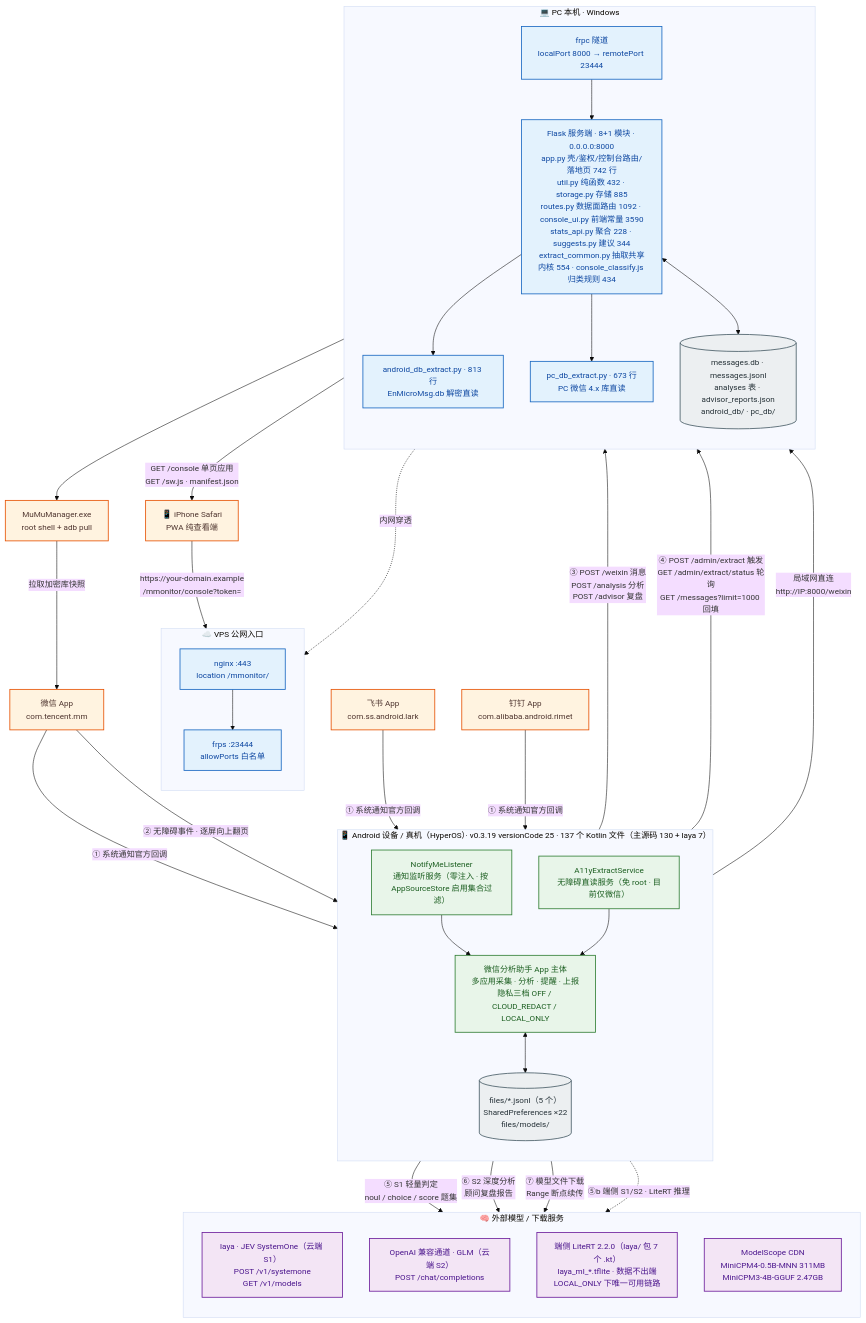
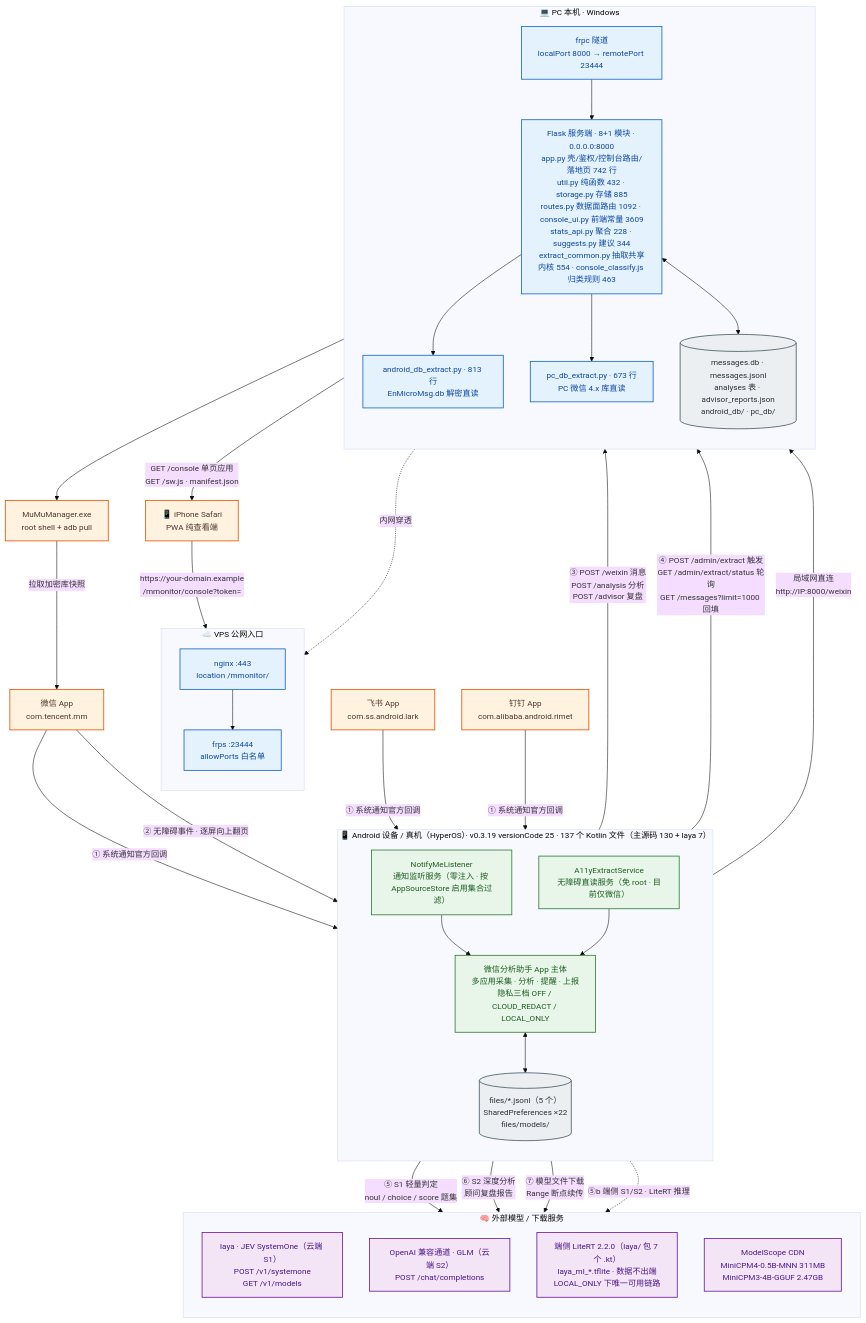
One commit to solidjoker/notifyme changed the diagram in docs/architecture/diagrams/01-system-context.mmd. Above: the diagram before and after it, drawn with Mermaid. The commit also changed 14 other files, not shown here.

```diff
--- a/docs/architecture/diagrams/01-system-context.mmd
+++ b/docs/architecture/diagrams/01-system-context.mmd
@@ -1,70 +1,70 @@
 %%{init: {'theme':'base','themeVariables':{'fontSize':'15px','fontFamily':'Microsoft YaHei, PingFang SC, sans-serif'},'flowchart':{'htmlLabels':true,'curve':'basis'}}}%%
 flowchart TB
     classDef ext  fill:#fff3e0,stroke:#e65100,stroke-width:1.5px,color:#4e342e
     classDef app  fill:#e8f5e9,stroke:#2e7d32,stroke-width:1.5px,color:#1b5e20
     classDef srv  fill:#e3f2fd,stroke:#1565c0,stroke-width:1.5px,color:#0d47a1
     classDef llm  fill:#f3e5f5,stroke:#6a1b9a,stroke-width:1.5px,color:#4a148c
     classDef store fill:#eceff1,stroke:#455a64,stroke-width:1.5px,color:#263238
 
     WX["微信 App<br/>com.tencent.mm"]:::ext
     FS["飞书 App<br/>com.ss.android.lark"]:::ext
     DT["钉钉 App<br/>com.alibaba.android.rimet"]:::ext
 
     subgraph DEV["📱 Android 设备 / 真机（HyperOS）· v0.3.19 versionCode 25 · 137 个 Kotlin 文件（主源码 130 + laya 7）"]
         direction TB
         NL["NotifyMeListener<br/>通知监听服务（零注入 · 按 AppSourceStore 启用集合过滤）"]:::app
         A11Y["A11yExtractService<br/>无障碍直读服务（免 root · 目前仅微信）"]:::app
         CORE["微信分析助手 App 主体<br/>多应用采集 · 分析 · 提醒 · 上报<br/>隐私三档 OFF / CLOUD_REDACT / LOCAL_ONLY"]:::app
         STORE[("files/*.jsonl（5 个）<br/>SharedPreferences ×22<br/>files/models/")]:::store
         NL --> CORE
         A11Y --> CORE
         CORE <--> STORE
     end
 
     subgraph HOST["💻 PC 本机 · Windows"]
         direction TB
-        FLASK["Flask 服务端 · 8+1 模块 · 0.0.0.0:8000<br/>app.py 壳/鉴权/控制台路由/落地页 742 行<br/>util.py 纯函数 432 · storage.py 存储 885<br/>routes.py 数据面路由 1092 · console_ui.py 前端常量 3590<br/>stats_api.py 聚合 228 · suggests.py 建议 344<br/>extract_common.py 抽取共享内核 554 · console_classify.js 归类规则 434"]:::srv
+        FLASK["Flask 服务端 · 8+1 模块 · 0.0.0.0:8000<br/>app.py 壳/鉴权/控制台路由/落地页 742 行<br/>util.py 纯函数 432 · storage.py 存储 885<br/>routes.py 数据面路由 1092 · console_ui.py 前端常量 3609<br/>stats_api.py 聚合 228 · suggests.py 建议 344<br/>extract_common.py 抽取共享内核 554 · console_classify.js 归类规则 463"]:::srv
         ADBEX["android_db_extract.py · 813 行<br/>EnMicroMsg.db 解密直读"]:::srv
         PCEX["pc_db_extract.py · 673 行<br/>PC 微信 4.x 库直读"]:::srv
         DB[("messages.db · messages.jsonl<br/>analyses 表 · advisor_reports.json<br/>android_db/ · pc_db/")]:::store
         FRPC["frpc 隧道<br/>localPort 8000 → remotePort 23444"]:::srv
         FLASK --> ADBEX
         FLASK --> PCEX
         FLASK <--> DB
         FRPC --> FLASK
     end
 
     subgraph VPS["☁️ VPS 公网入口"]
         direction TB
         NGINX["nginx :443<br/>location /mmonitor/"]:::srv
         FRPS["frps :23444<br/>allowPorts 白名单"]:::srv
         NGINX --> FRPS
     end
 
     subgraph AI["🧠 外部模型 / 下载服务"]
         direction TB
         LAYA["laya · JEV SystemOne（云端 S1）<br/>POST /v1/systemone<br/>GET /v1/models"]:::llm
         GLM["OpenAI 兼容通道 · GLM（云端 S2）<br/>POST /chat/completions"]:::llm
         LITE["端侧 LiteRT 2.2.0（laya/ 包 7 个 .kt）<br/>laya_ml_*.tflite · 数据不出端<br/>LOCAL_ONLY 下唯一可用链路"]:::llm
         MS["ModelScope CDN<br/>MiniCPM4-0.5B-MNN 311MB<br/>MiniCPM3-4B-GGUF 2.47GB"]:::llm
     end
 
     MUMU["MuMuManager.exe<br/>root shell + adb pull"]:::ext
     IPHONE["📱 iPhone Safari<br/>PWA 纯查看端"]:::ext
 
     WX -->|"① 系统通知官方回调"| NL
     FS -->|"① 系统通知官方回调"| NL
     DT -->|"① 系统通知官方回调"| NL
     WX -->|"② 无障碍事件 · 逐屏向上翻页"| A11Y
     CORE -->|"③ POST /weixin 消息<br/>POST /analysis 分析<br/>POST /advisor 复盘"| FLASK
     CORE -->|"④ POST /admin/extract 触发<br/>GET /admin/extract/status 轮询<br/>GET /messages?limit=1000 回填"| FLASK
     CORE -->|"⑤ S1 轻量判定<br/>noul / choice / score 题集"| LAYA
     CORE -->|"⑥ S2 深度分析<br/>顾问复盘报告"| GLM
     CORE -->|"⑦ 模型文件下载<br/>Range 断点续传"| MS
     CORE -.->|"⑤b 端侧 S1/S2 · LiteRT 推理"| LITE
     ADBEX --> MUMU
     MUMU -->|"拉取加密库快照"| WX
     CORE -->|"局域网直连<br/>http://IP:8000/weixin"| FLASK
     FRPC -.->|"内网穿透"| FRPS
     IPHONE -->|"https://your-domain.example<br/>/mmonitor/console?token="| NGINX
     FLASK -->|"GET /console 单页应用<br/>GET /sw.js · manifest.json"| IPHONE
```
